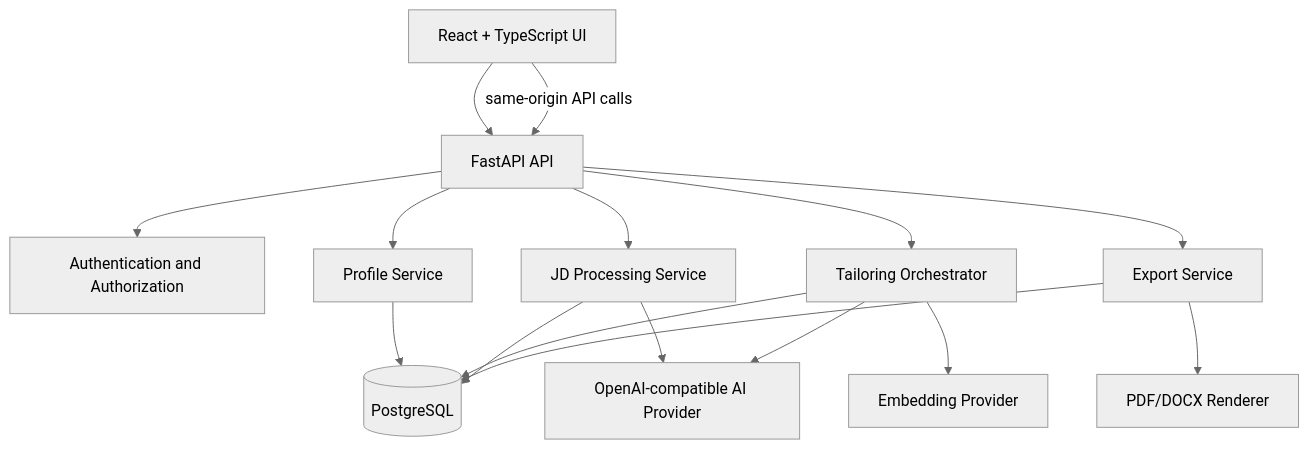
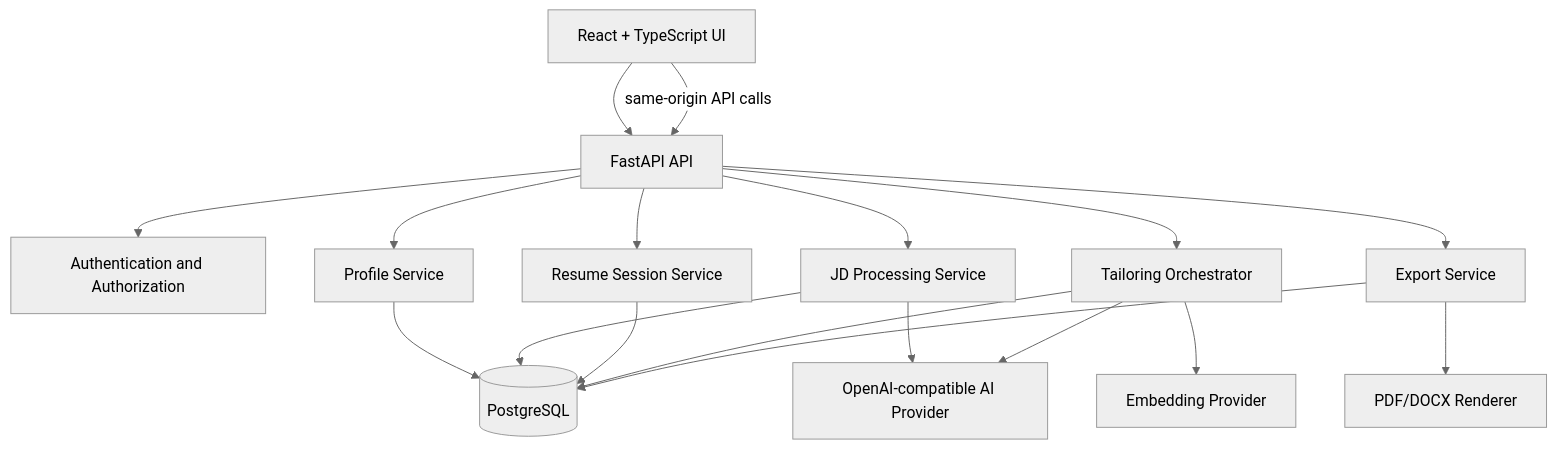
The first of 5 diagrams in docs/BUILD_PLAN.md (HitkarMiglani/KnapResume), drawn with Mermaid (neutral theme) before and after one commit. The commit also changed other lines of this file and 13 other files, not shown here.

Commit message:
feat: Implement profile-first onboarding flow with resume workspaces and session management

````diff
--- a/docs/BUILD_PLAN.md
+++ b/docs/BUILD_PLAN.md
@@ -74,21 +88,23 @@
 ```mermaid
 flowchart TD
     UI[React + TypeScript UI] --> API[FastAPI API]
     API --> AUTH[Authentication and Authorization]
     API --> PROFILE[Profile Service]
     API --> JD[JD Processing Service]
+    API --> WORKSPACE[Resume Session Service]
     API --> TAILOR[Tailoring Orchestrator]
     API --> EXPORT[Export Service]
 
     PROFILE --> DB[(PostgreSQL)]
     JD --> DB
+    WORKSPACE --> DB
     TAILOR --> DB
     EXPORT --> DB
 
     JD --> LLM[OpenAI-compatible AI Provider]
     TAILOR --> LLM
     TAILOR --> EMB[Embedding Provider]
     EXPORT --> RENDER[PDF/DOCX Renderer]
 
     UI -->|same-origin API calls| API
 ```
````
